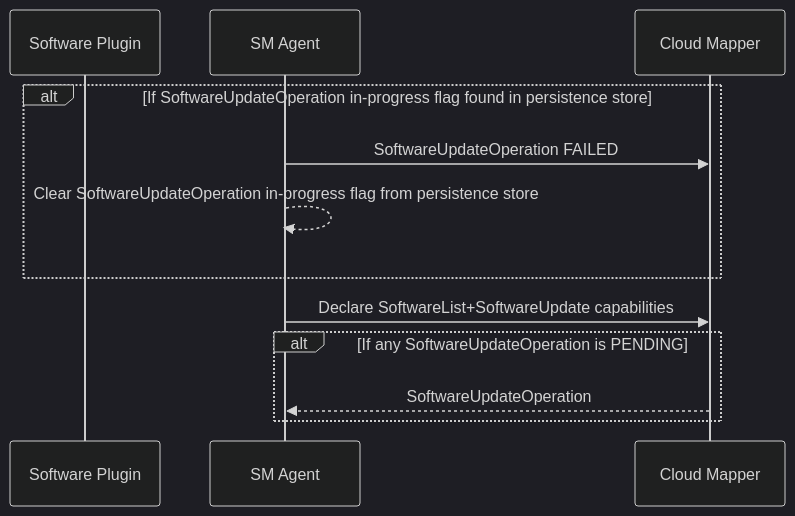
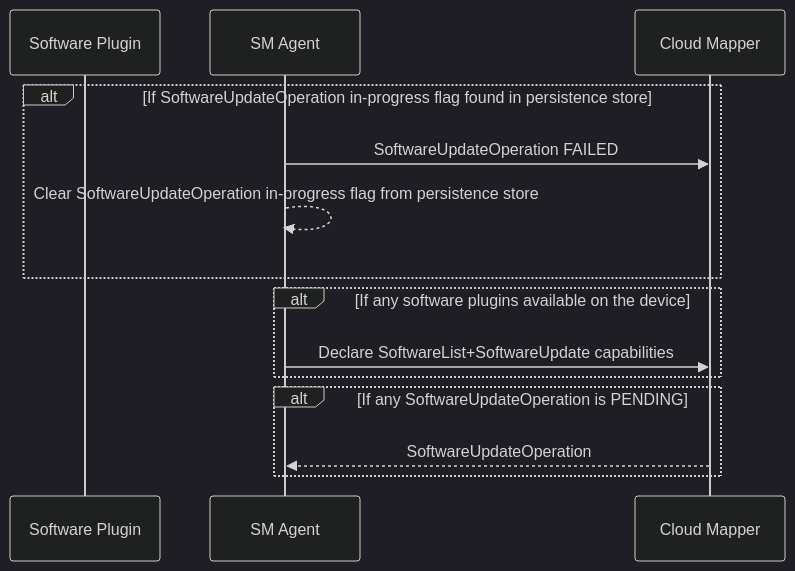
The first of 3 diagrams in src/software-management/sm-agent.md (thin-edge/thin-edge.io-specs), drawn with Mermaid (dark theme) before and after one commit.

Commit message:
Conditional capability announcement

````diff
--- a/src/software-management/sm-agent.md
+++ b/src/software-management/sm-agent.md
@@ -17,16 +17,19 @@
 ```mermaid
 sequenceDiagram
     participant Software Plugin
     participant SM Agent
     participant Cloud Mapper
     alt If SoftwareUpdateOperation in-progress flag found in persistence store
         SM Agent->>Cloud Mapper: SoftwareUpdateOperation FAILED
         SM Agent-->>SM Agent: Clear SoftwareUpdateOperation in-progress flag from persistence store
     end
 
-    SM Agent->>Cloud Mapper: Declare SoftwareList+SoftwareUpdate capabilities
+    alt If any software plugins available on the device
+        SM Agent->>Cloud Mapper: Declare SoftwareList+SoftwareUpdate capabilities
+    end
+
     alt If any SoftwareUpdateOperation is PENDING
         Cloud Mapper-->>SM Agent: SoftwareUpdateOperation
     end
 
 ```
````
